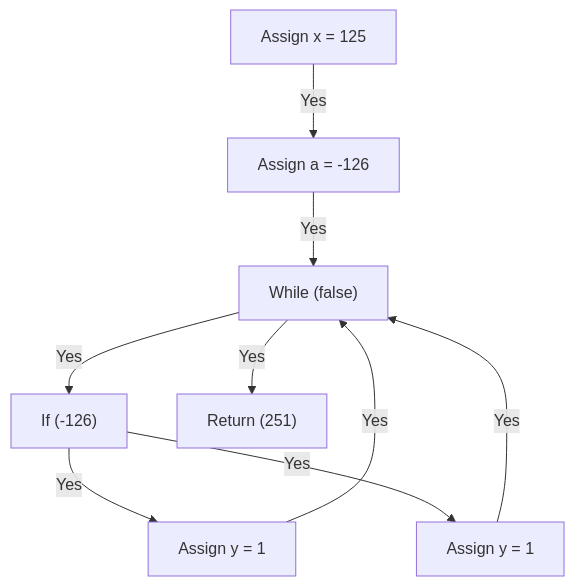
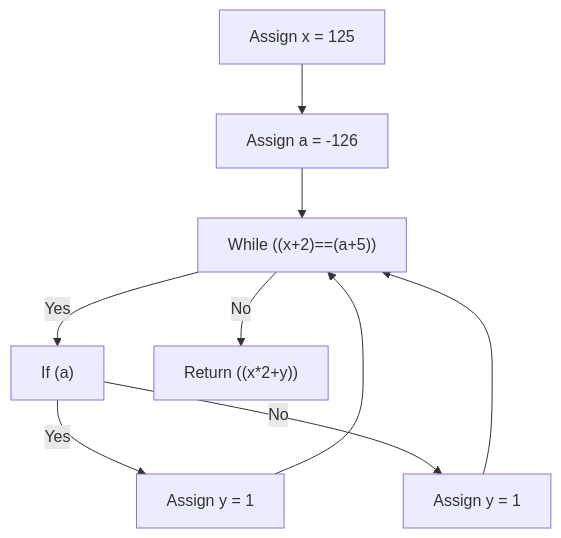
Before and after one commit to dajbodan/KotlinStaticAnalysisExample: the diagram in example_optimized.mmd, drawn with Mermaid. The commit also changed 17 other files, not shown here.

```diff
--- a/example_optimized.mmd
+++ b/example_optimized.mmd
@@ -1,16 +1,16 @@
 graph TD
 N0["Assign x = 125 "]
 N1["Assign a = -126 "]
-N2["While (false) "]
-N3["If (-126) "]
+N2["While ((x+2)==(a+5)) "]
+N3["If (a) "]
 N4["Assign y = 1 "]
 N5["Assign y = 1 "]
-N6["Return (251) "]
-    N0 -->|Yes| N1
-    N1 -->|Yes| N2
+N6["Return ((x*2+y)) "]
+    N0 --> N1
+    N1 --> N2
     N2 -->|Yes| N3
     N3 -->|Yes| N4
-    N4 -->|Yes| N2
-    N3 -->|Yes| N5
-    N5 -->|Yes| N2
-    N2 -->|Yes| N6
+    N4 --> N2
+    N3 -->|No| N5
+    N5 --> N2
+    N2 -->|No| N6
```
